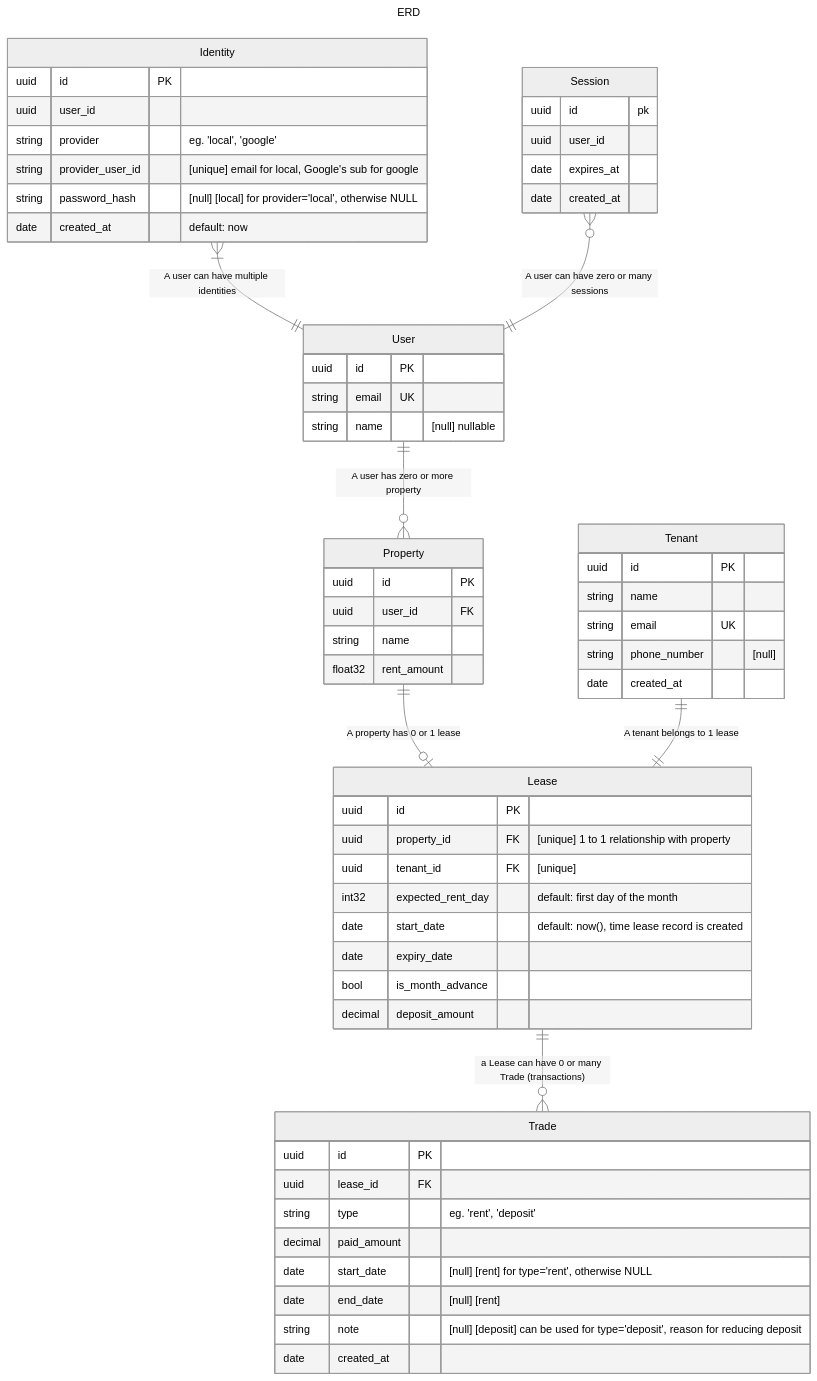
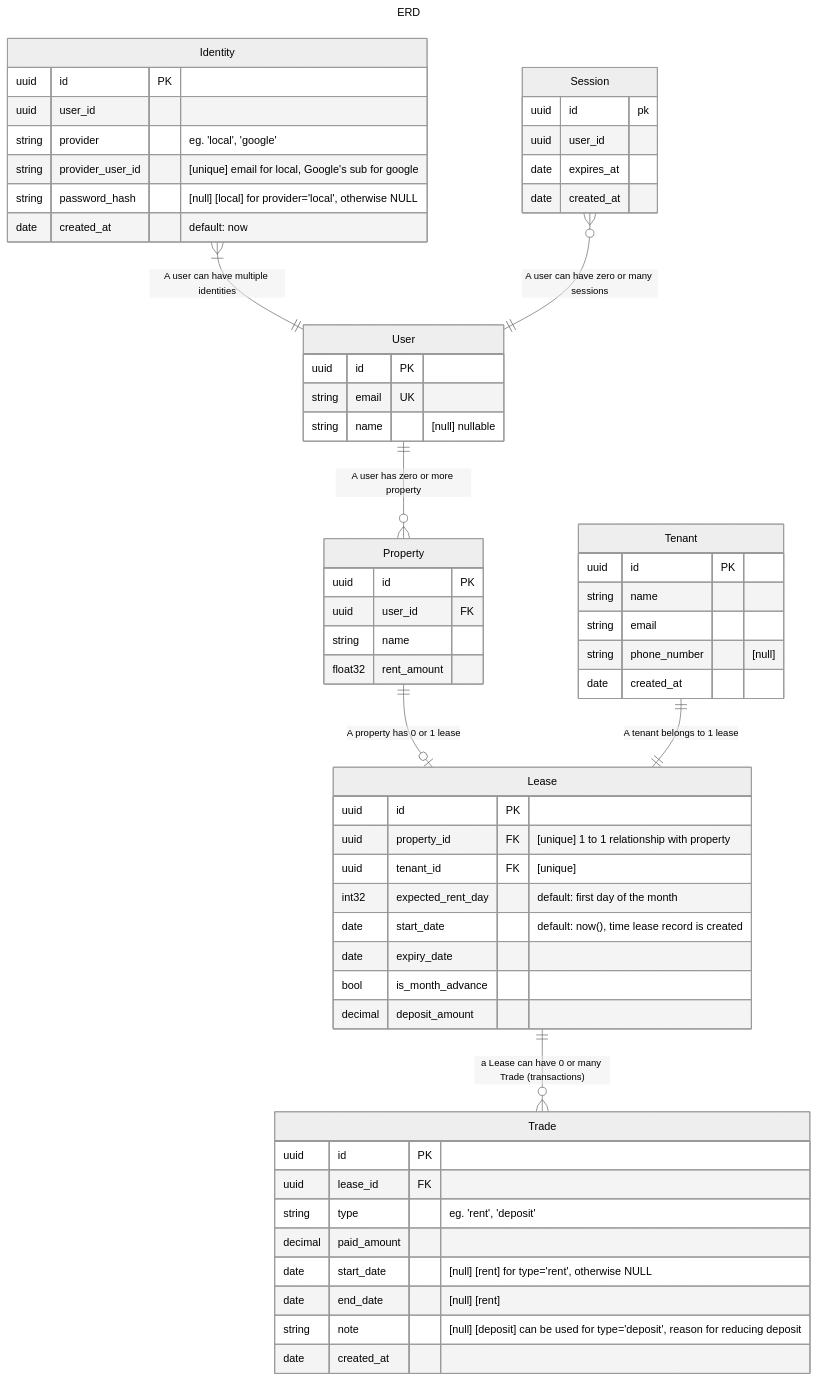
Before and after one commit to Se7enSe7enSe7en/tenant-manager: the diagram in specs/erd.md, drawn with Mermaid (neutral theme). The commit also changed 25 other files, not shown here.

````diff
--- a/specs/erd.md
+++ b/specs/erd.md
@@ -3,71 +3,71 @@
 ```Mermaid
 ---
 title: ERD
 ---
 erDiagram
     User {
         uuid id PK
         string email UK
         string name "[null] nullable"
     }
 
     Identity {
         uuid id PK
         uuid user_id
         string provider "eg. 'local', 'google'"
         string provider_user_id "[unique] email for local, Google's sub for google"
         string password_hash "[null] [local] for provider='local', otherwise NULL"
         date created_at "default: now"
     }
     Identity }|--|| User : "A user can have multiple identities"
 
     Session {
         uuid id pk
         uuid user_id
         date expires_at
         date created_at
     }
     Session }o--|| User : "A user can have zero or many sessions"
 
     Property {
         uuid id PK
         uuid user_id FK
         string name
         float32 rent_amount
     }
     User ||--o{ Property : "A user has zero or more property"
 
     Tenant {
         uuid id PK
         string name
-        string email UK
+        string email
         string phone_number "[null]"
         date created_at
     }
 
     Lease {
         uuid id PK
         uuid property_id FK "[unique] 1 to 1 relationship with property"
         uuid tenant_id FK "[unique]"
         int32 expected_rent_day "default: first day of the month"
         date start_date "default: now(), time lease record is created"
         date expiry_date
         bool is_month_advance
         decimal deposit_amount
     }
     Property ||--o| Lease : "A property has 0 or 1 lease"
     Tenant ||--|| Lease : "A tenant belongs to 1 lease"
 
     Trade {
         uuid id PK
         uuid lease_id FK
         string type "eg. 'rent', 'deposit'"
         decimal paid_amount
         date start_date "[null] [rent] for type='rent', otherwise NULL"
         date end_date "[null] [rent]"
         string note "[null] [deposit] can be used for type='deposit', reason for reducing deposit"
         date created_at
     }
     Lease ||--o{ Trade : "a Lease can have 0 or many Trade (transactions)"
 
 ```
````
